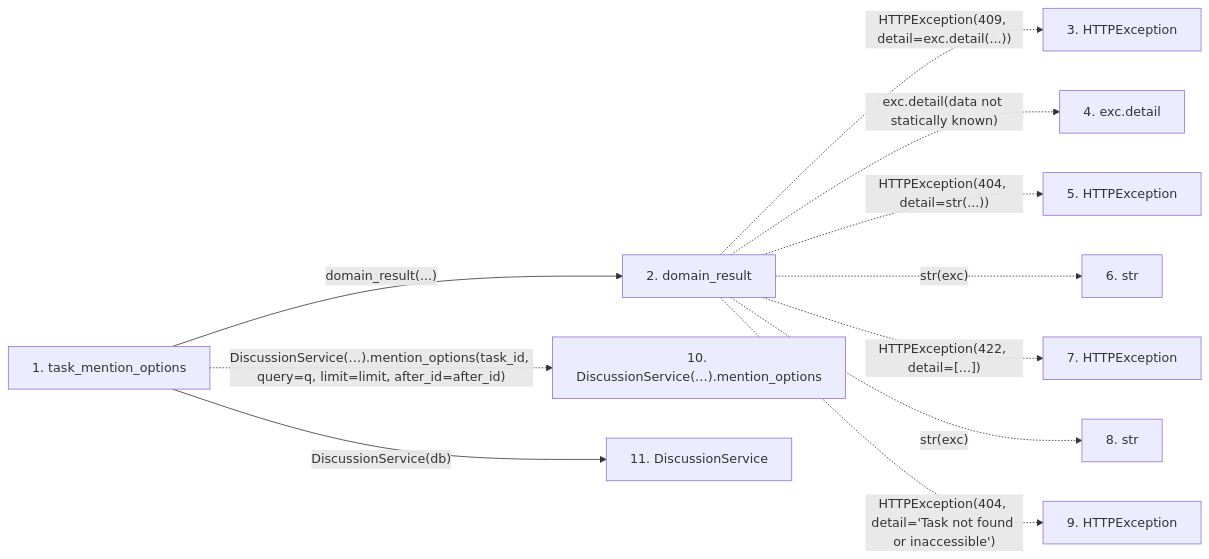
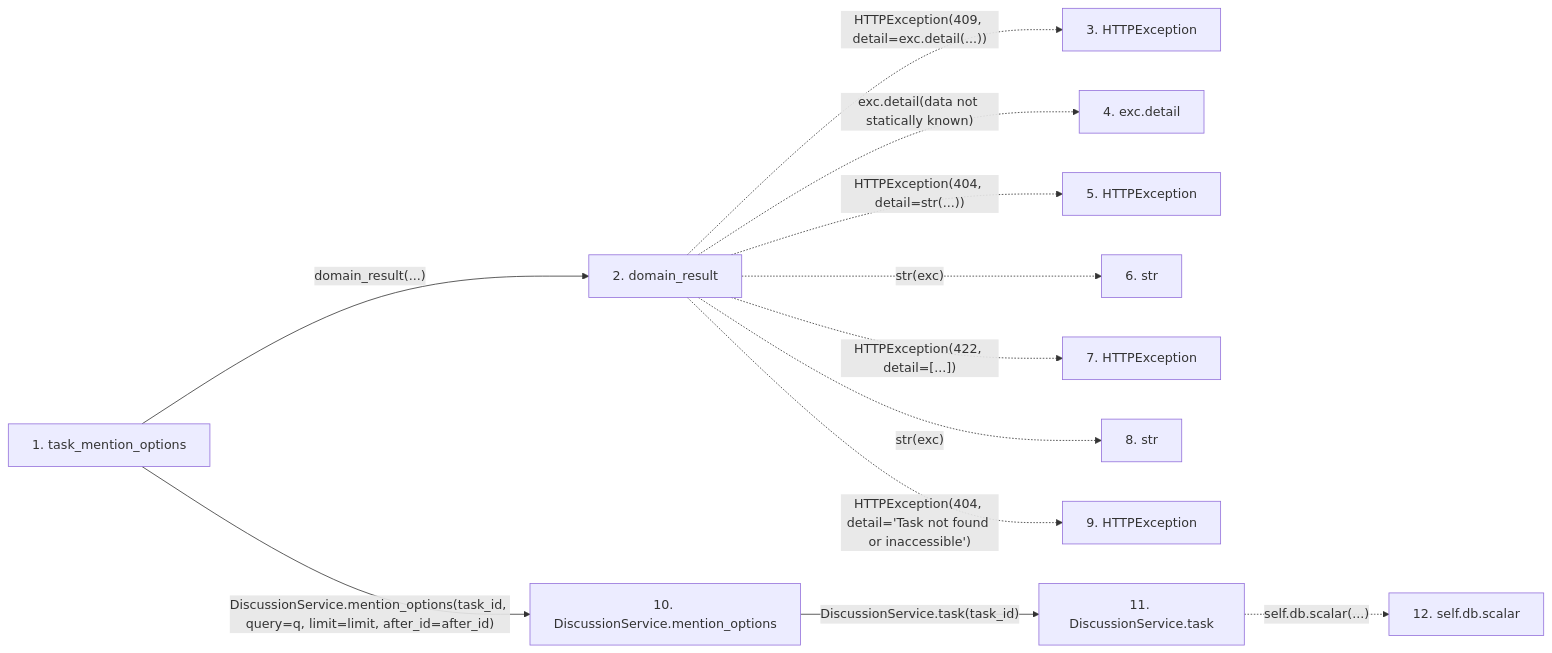
Before and after one commit to Denissvgn/WorkChord: the second of 2 diagrams in docs/llm_wiki/flows/http-task_mention_options.md, drawn with Mermaid. The commit also changed other lines of this file and 25171 other files, not shown here.

````diff
--- a/docs/llm_wiki/flows/http-task_mention_options.md
+++ b/docs/llm_wiki/flows/http-task_mention_options.md
@@ -34,27 +129,30 @@
 ```mermaid
 flowchart LR
     s1["1. task_mention_options"]
     s2["2. domain_result"]
     s3["3. HTTPException"]
     s4["4. exc.detail"]
     s5["5. HTTPException"]
     s6["6. str"]
     s7["7. HTTPException"]
     s8["8. str"]
     s9["9. HTTPException"]
-    s10["10. DiscussionService(…).mention_options"]
-    s11["11. DiscussionService"]
+    s10["10. DiscussionService.mention_options"]
+    s11["11. DiscussionService.task"]
+    s12["12. self.db.scalar"]
     s1 -->|"domain_result(...)"| s2
     s2 -. "HTTPException(409, detail=exc.detail(...))" .-> s3
     s2 -. "exc.detail(data not statically known)" .-> s4
     s2 -. "HTTPException(404, detail=str(...))" .-> s5
     s2 -. "str(exc)" .-> s6
     s2 -. "HTTPException(422, detail=[...])" .-> s7
     s2 -. "str(exc)" .-> s8
     s2 -. "HTTPException(404, detail='Task not found or inaccessible')" .-> s9
-    s1 -. "DiscussionService(…).mention_options(task_id, query=q, limit=limit, after_id=after_id)" .-> s10
-    s1 -->|"DiscussionService(db)"| s11
+    s1 -->|"DiscussionService.mention_options(task_id, query=q, limit=limit, after_id=after_id)"| s10
+    s10 -->|"DiscussionService.task(task_id)"| s11
+    s11 -. "self.db.scalar(...)" .-> s12
     click s1 "../modules/routers_discussion.md"
     click s2 "../modules/routers_task_domain.md"
+    click s10 "../modules/discussion_service.md"
     click s11 "../modules/discussion_service.md"
 ```
````
